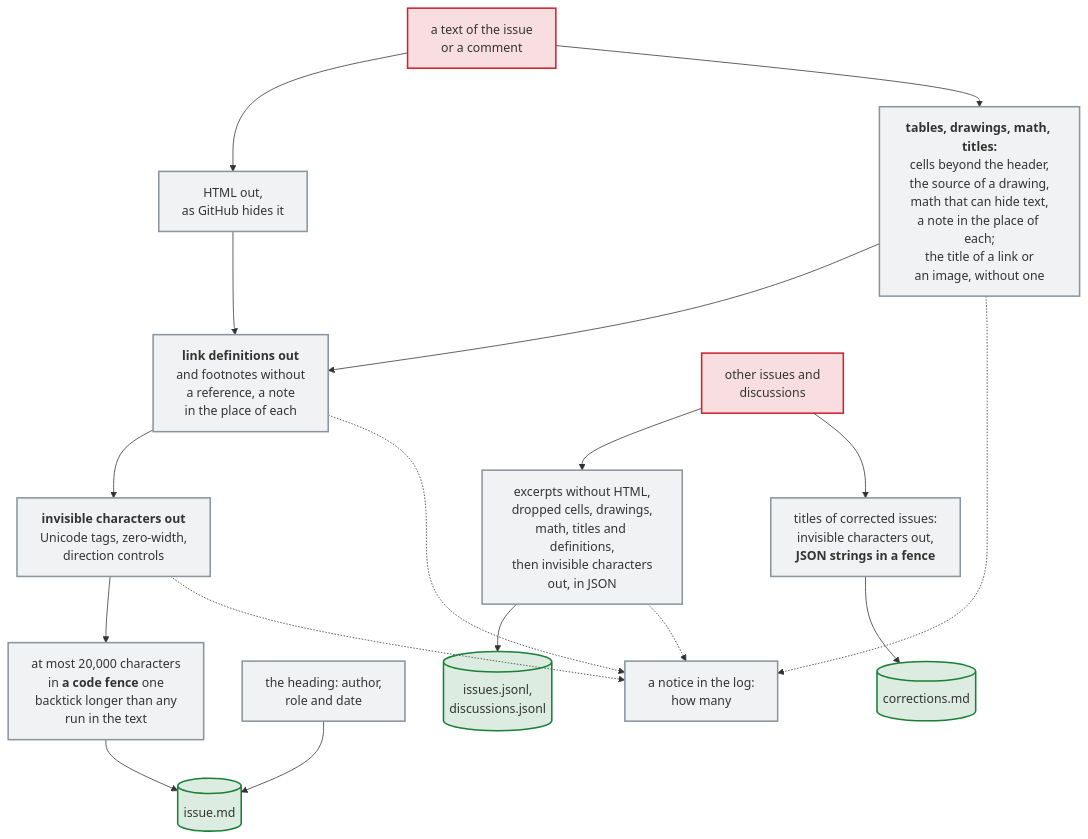
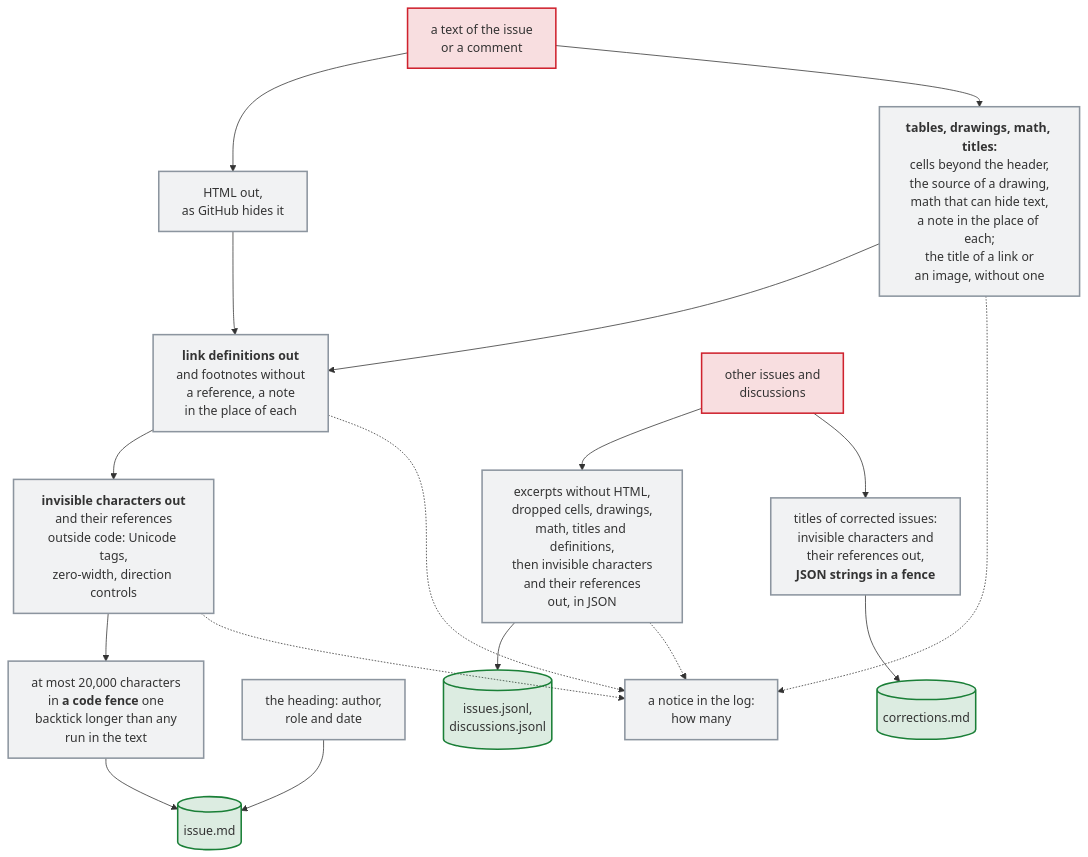
Before and after one commit to Dennis-Otto/issue-assistant: the diagram in docs/diagrams/how-the-text-of-an-issue-and-its-comments-reaches-the-ai.mmd, drawn with Mermaid. The commit also changed 18 other files, not shown here.

First line of the commit message:
fix(context): the AI no longer reads a reference of a character that GitHub shows as nothing (#511)

```diff
--- a/docs/diagrams/how-the-text-of-an-issue-and-its-comments-reaches-the-ai.mmd
+++ b/docs/diagrams/how-the-text-of-an-issue-and-its-comments-reaches-the-ai.mmd
@@ -1,25 +1,25 @@
 flowchart TB
   accTitle: How the text of an issue and its comments reaches the AI
-  accDescr: Each text of the issue and its comments loses its HTML, as GitHub hides it, and what GitHub doesn't show of its tables, drawings and math, read from the same text: the cells beyond the header of a table, the source of a diagram, a map or a 3D model and math that can hide text, each with a note in its place, and the title of a link or an image, which the page shows only on hover, with nothing in its place. Then it loses its link reference definitions and footnotes without a reference, which GitHub shows as nothing as well, each with a note in its place, then the characters that GitHub shows as nothing, and is cut off after 20,000 characters. In this order, no invisible character can end an HTML comment that GitHub never ends. It goes into a code fence with one backtick more than its longest run of backticks, so that no line of the text can end it. The heading above the fence, which only the script writes, names the author, the role and the date. The other issues and discussions become excerpts without HTML, table cells, drawings, math, titles and definitions alike, lose their invisible characters too and go into JSON. The titles of the issues that a maintainer corrected lose their invisible characters as well and reach corrections.md as JSON strings in a code fence that no title can close. A notice in the log counts the definitions, the parts of tables, drawings and math, the titles and the characters that were removed.
+  accDescr: Each text of the issue and its comments loses its HTML, as GitHub hides it, and what GitHub doesn't show of its tables, drawings and math, read from the same text: the cells beyond the header of a table, the source of a diagram, a map or a 3D model and math that can hide text, each with a note in its place, and the title of a link or an image, which the page shows only on hover, with nothing in its place. Then it loses its link reference definitions and footnotes without a reference, which GitHub shows as nothing as well, each with a note in its place, then the characters that GitHub shows as nothing and, outside code, their character references, which GitHub reads as the characters, and is cut off after 20,000 characters. In this order, no invisible character or reference can end an HTML comment that GitHub never ends. It goes into a code fence with one backtick more than its longest run of backticks, so that no line of the text can end it. The heading above the fence, which only the script writes, names the author, the role and the date. The other issues and discussions become excerpts without HTML, table cells, drawings, math, titles and definitions alike, lose their invisible characters and the references of them too and go into JSON. The titles of the issues that a maintainer corrected lose their invisible characters and the references of them as well and reach corrections.md as JSON strings in a code fence that no title can close. A notice in the log counts the definitions, the parts of tables, drawings and math, the titles and the characters that were removed.
   text["a text of the issue<br>or a comment"] --> html["HTML out,<br>as GitHub hides it"]
   text --> structures["`**tables, drawings, math, titles:**<br>cells beyond the header,<br>the source of a drawing,<br>math that can hide text,<br>a note in the place of each;<br>the title of a link or<br>an image, without one`"]
   structures --> definitions
   html --> definitions["`**link definitions out**<br>and footnotes without<br>a reference, a note<br>in the place of each`"]
-  definitions --> invisible["`**invisible characters out**<br>Unicode tags, zero-width,<br>direction controls`"]
+  definitions --> invisible["`**invisible characters out**<br>and their references<br>outside code: Unicode tags,<br>zero-width, direction controls`"]
   invisible --> fence["`at most 20,000 characters<br>in **a code fence** one<br>backtick longer than any<br>run in the text`"]
   heading["the heading: author,<br>role and date"] --> issue[("issue.md")]
   fence --> issue
-  others["other issues and<br>discussions"] --> excerpts["excerpts without HTML,<br>dropped cells, drawings,<br>math, titles and definitions,<br>then invisible characters<br>out, in JSON"]
+  others["other issues and<br>discussions"] --> excerpts["excerpts without HTML,<br>dropped cells, drawings,<br>math, titles and definitions,<br>then invisible characters<br>and their references<br>out, in JSON"]
   excerpts --> jsonl[("issues.jsonl,<br>discussions.jsonl")]
-  others --> titles["`titles of corrected issues:<br>invisible characters out,<br>**JSON strings in a fence**`"]
+  others --> titles["`titles of corrected issues:<br>invisible characters and<br>their references out,<br>**JSON strings in a fence**`"]
   titles --> corrections[("corrections.md")]
   structures -.-> notice
   definitions -.-> notice["a notice in the log:<br>how many"]
   invisible -.-> notice
   excerpts -.-> notice
   classDef untrusted fill:#cf222e26,stroke:#cf222e,stroke-width:2px
   classDef job fill:#8c959f1f,stroke:#8c959f,stroke-width:2px
   classDef safe fill:#1a7f3726,stroke:#1a7f37,stroke-width:2px
   class text,others untrusted
   class invisible,html,structures,definitions,fence,heading,excerpts,titles,notice job
   class issue,jsonl,corrections safe
```
